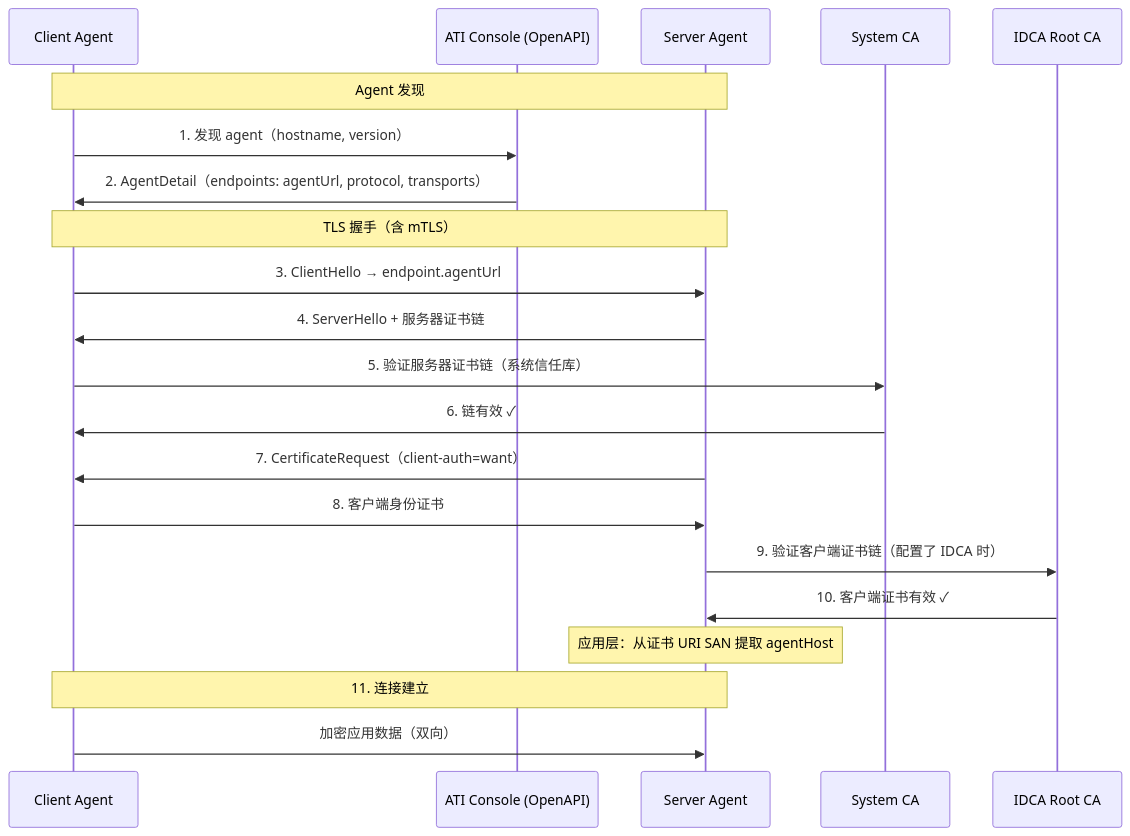
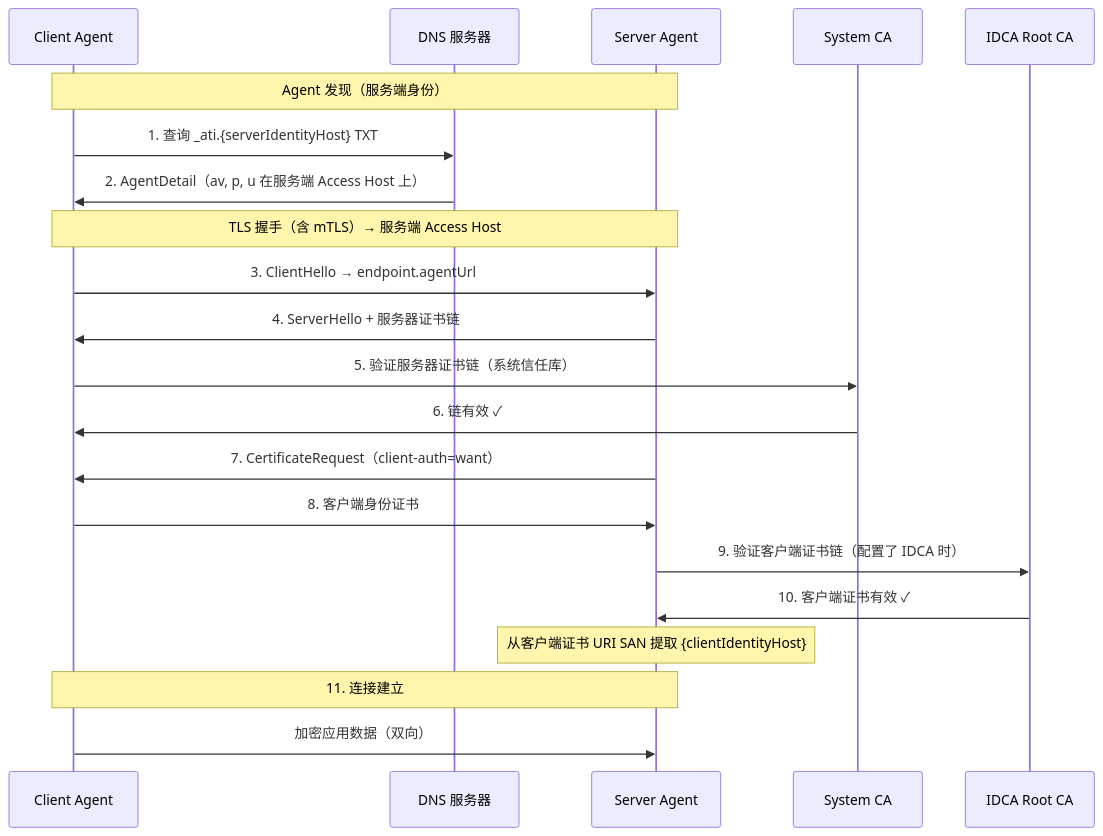
Before and after one commit to aliyun/ati-sdk-java: the first of 3 diagrams in README.zh-CN.md, drawn with Mermaid. The commit also changed other lines of this file and 26 other files, not shown here.

First line of the commit message:
feat: replace RA OpenAPI discovery with DNS TXT and dual-hostname connect

````diff
--- a/README.zh-CN.md
+++ b/README.zh-CN.md
@@ -28,26 +69,26 @@
 ```mermaid
 sequenceDiagram
     participant C as Client Agent
-    participant ATI as ATI Console (OpenAPI)
+    participant DNS as DNS 服务器
     participant S as Server Agent
     participant CA as System CA
     participant IDCA as IDCA Root CA
 
-    Note over C,S: Agent 发现
-    C->>ATI: 1. 发现 agent（hostname, version）
-    ATI->>C: 2. AgentDetail（endpoints: agentUrl, protocol, transports）
+    Note over C,S: Agent 发现（服务端身份）
+    C->>DNS: 1. 查询 _ati.{serverIdentityHost} TXT
+    DNS->>C: 2. AgentDetail（av, p, u 在服务端 Access Host 上）
 
-    Note over C,S: TLS 握手（含 mTLS）
+    Note over C,S: TLS 握手（含 mTLS）→ 服务端 Access Host
     C->>S: 3. ClientHello → endpoint.agentUrl
     S->>C: 4. ServerHello + 服务器证书链
     C->>CA: 5. 验证服务器证书链（系统信任库）
     CA->>C: 6. 链有效 ✓
     S->>C: 7. CertificateRequest（client-auth=want）
     C->>S: 8. 客户端身份证书
     S->>IDCA: 9. 验证客户端证书链（配置了 IDCA 时）
     IDCA->>S: 10. 客户端证书有效 ✓
 
-    Note over S: 应用层：从证书 URI SAN 提取 agentHost
+    Note over S: 从客户端证书 URI SAN 提取 {clientIdentityHost}
     Note over C,S: 11. 连接建立
     C->>S: 加密应用数据（双向）
 ```
````
